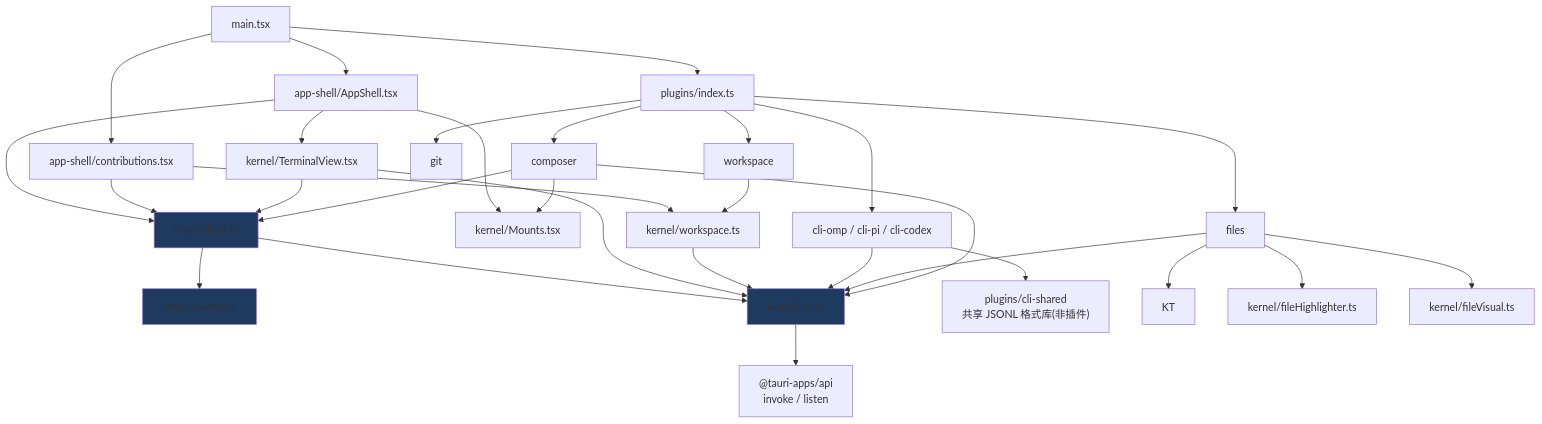
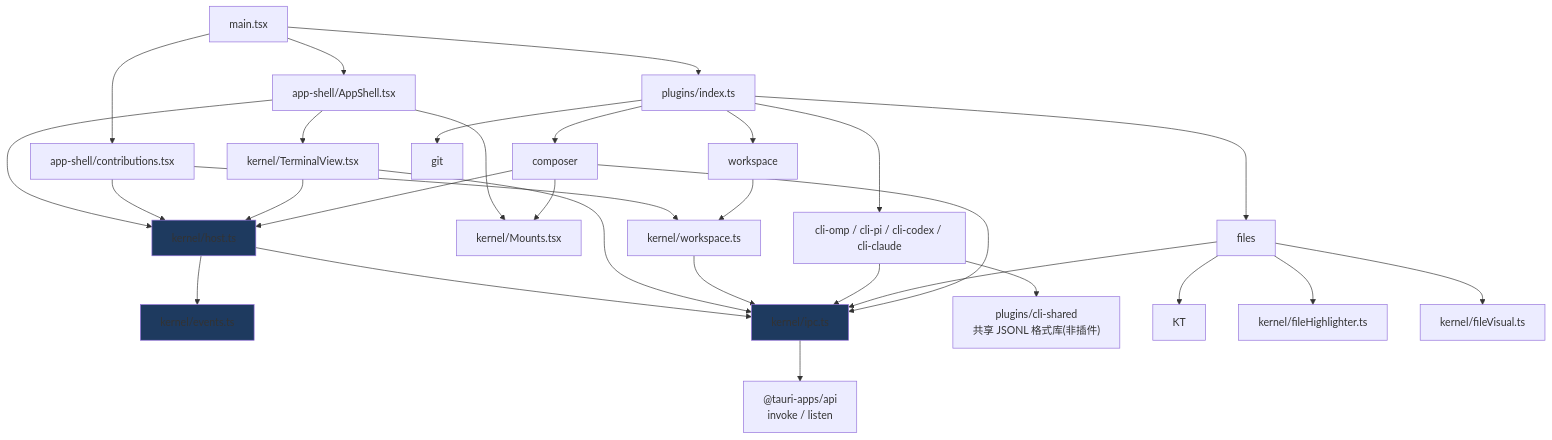
The eighth of 8 diagrams in docs/architecture/02-code-architecture.md (chenxiangning/tmd-cli), drawn with Mermaid before and after one commit. The commit also changed other lines of this file and 2 other files, not shown here.

Commit message:
docs: cli-claude 入能力矩阵与架构图 —— 触发器/会话存储/quota 分级实证记录,插件清单同步

````diff
--- a/docs/architecture/02-code-architecture.md
+++ b/docs/architecture/02-code-architecture.md
@@ -261,36 +263,36 @@
 ```mermaid
 flowchart TD
     M["main.tsx"] --> AS["app-shell/AppShell.tsx"]
     M --> CT["app-shell/contributions.tsx"]
     M --> PI["plugins/index.ts"]
 
     AS --> KH["kernel/host.ts"]
     AS --> KM["kernel/Mounts.tsx"]
     AS --> KTV["kernel/TerminalView.tsx"]
     CT --> KH
     CT --> KW["kernel/workspace.ts"]
 
-    PI --> P1["cli-omp / cli-pi / cli-codex"]
+    PI --> P1["cli-omp / cli-pi / cli-codex / cli-claude"]
     PI --> P2["workspace"]
     PI --> P3["files"]
     PI --> P4["git"]
     PI --> P5["composer"]
 
     KH --> KE["kernel/events.ts"]
     KH --> KI["kernel/ipc.ts"]
     KTV --> KI
     KTV --> KH
     KW --> KI
 
     P1 --> KI
     P1 --> SH["plugins/cli-shared<br/>共享 JSONL 格式库(非插件)"]
     P2 --> KW
     P3 --> KI & KT & KFH["kernel/fileHighlighter.ts"] & KFV["kernel/fileVisual.ts"]
     P5 --> KH & KM & KI
 
     KI --> TAPI["@tauri-apps/api<br/>invoke / listen"]
 
     style KE fill:#1e3a5f
     style KI fill:#1e3a5f
     style KH fill:#1e3a5f
 ```
````
